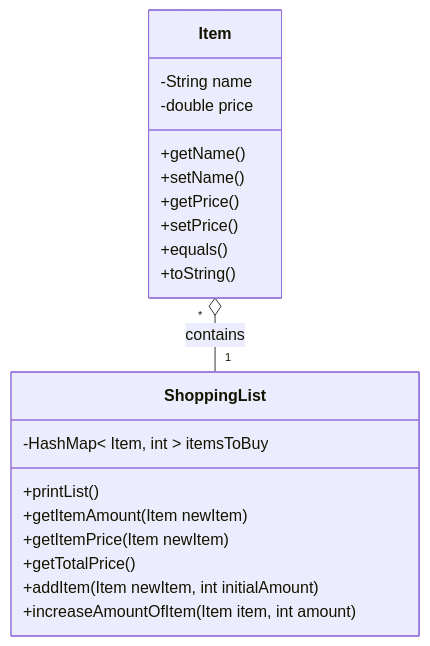
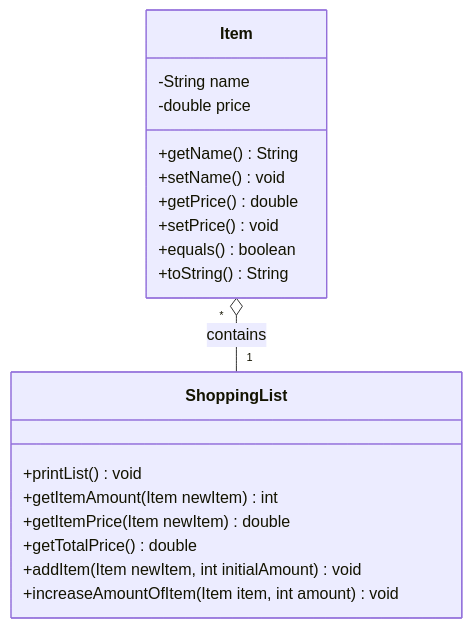
One commit to ProtossGP32/CIFO-Web-Applications changed the first of 2 diagrams in docs/quarto-examples/java-exercises/Concepts/what-is-a-model.qmd. Above: the diagram before and after it, drawn with Mermaid. The commit also changed other lines of this file and 2 other files, not shown here.

````diff
--- a/docs/quarto-examples/java-exercises/Concepts/what-is-a-model.qmd
+++ b/docs/quarto-examples/java-exercises/Concepts/what-is-a-model.qmd
@@ -47,31 +47,29 @@
 ```{mermaid}
 classDiagram
     %% Define an Item class that contains the info of each item
     class Item {
         -String name
         -double price
 
-        +getName()
-        +setName()
-        +getPrice()
-        +setPrice()
-        +equals()
-        +toString()
+        +getName() String
+        +setName() void
+        +getPrice() double
+        +setPrice() void
+        +equals() boolean
+        +toString() String
     }
 
     %% Define a ShoppingList class to keep track of the items to buy
     class ShoppingList {
-        -HashMap< Item, int > itemsToBuy
-
-        +printList()
-        +getItemAmount(Item newItem)
-        +getItemPrice(Item newItem)
-        +getTotalPrice()
-        +addItem(Item newItem, int initialAmount)
-        +increaseAmountOfItem(Item item, int amount)
+        +printList() void
+        +getItemAmount(Item newItem) int
+        +getItemPrice(Item newItem) double
+        +getTotalPrice() double
+        +addItem(Item newItem, int initialAmount) void
+        +increaseAmountOfItem(Item item, int amount) void
     }
 
     %% Classes relationships
     Item "*" o-- "1" ShoppingList : contains
 
 ```
````
